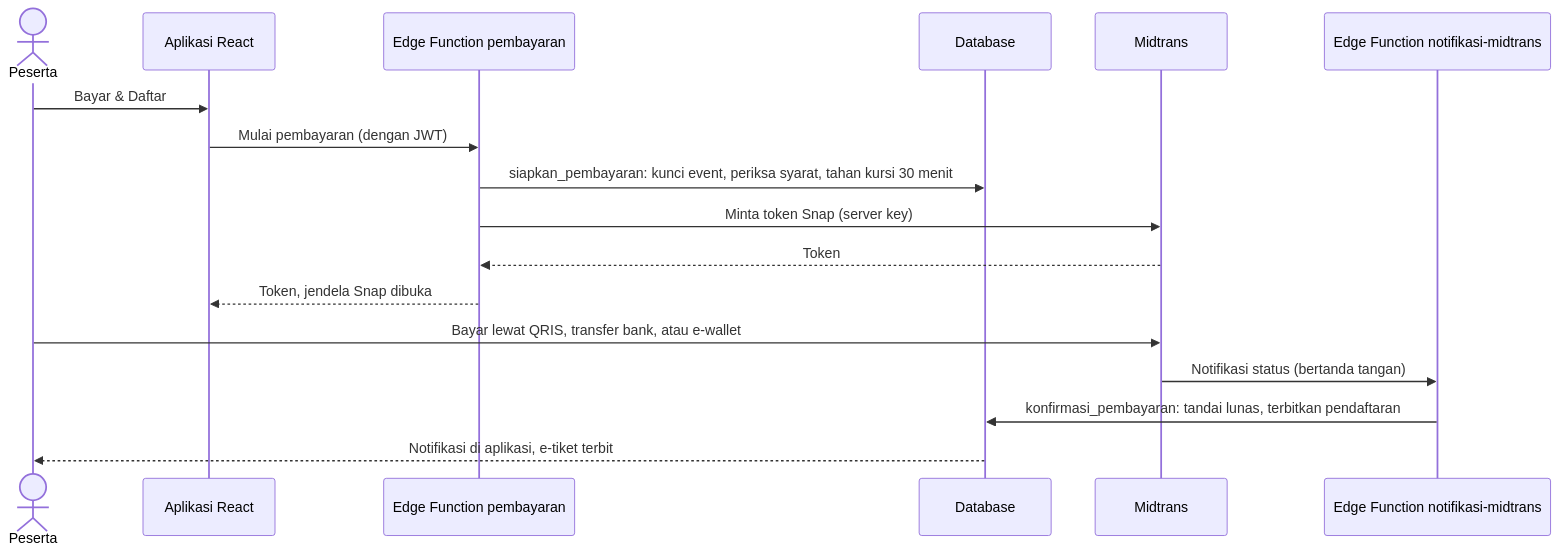
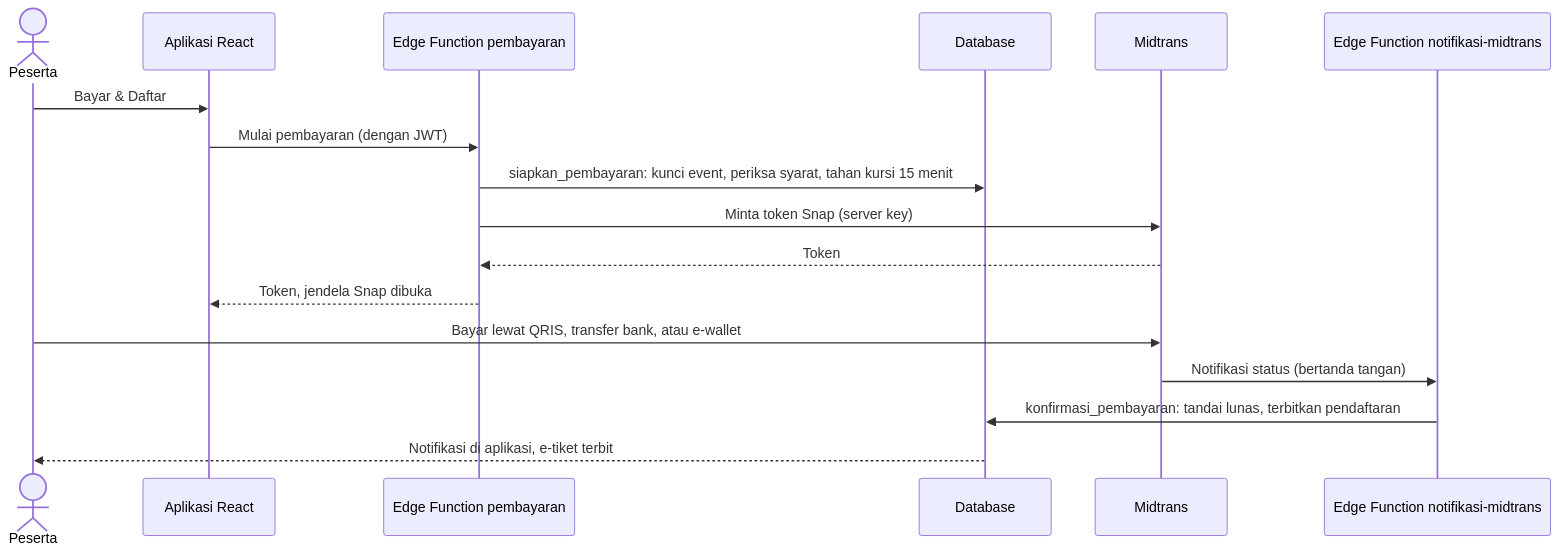
One commit to RifqiPermanaPutra/KampusHub changed the ninth of 9 diagrams in docs/arsitektur.md. Above: the diagram before and after it, drawn with Mermaid. The commit also changed other lines of this file and 6 other files, not shown here.

````diff
--- a/docs/arsitektur.md
+++ b/docs/arsitektur.md
@@ -476,20 +476,20 @@
 ```mermaid
 sequenceDiagram
     actor M as Peserta
     participant A as Aplikasi React
     participant E as Edge Function pembayaran
     participant D as Database
     participant S as Midtrans
     participant N as Edge Function notifikasi-midtrans
 
     M->>A: Bayar & Daftar
     A->>E: Mulai pembayaran (dengan JWT)
-    E->>D: siapkan_pembayaran: kunci event, periksa syarat, tahan kursi 30 menit
+    E->>D: siapkan_pembayaran: kunci event, periksa syarat, tahan kursi 15 menit
     E->>S: Minta token Snap (server key)
     S-->>E: Token
     E-->>A: Token, jendela Snap dibuka
     M->>S: Bayar lewat QRIS, transfer bank, atau e-wallet
     S->>N: Notifikasi status (bertanda tangan)
     N->>D: konfirmasi_pembayaran: tandai lunas, terbitkan pendaftaran
     D-->>M: Notifikasi di aplikasi, e-tiket terbit
 ```
````
